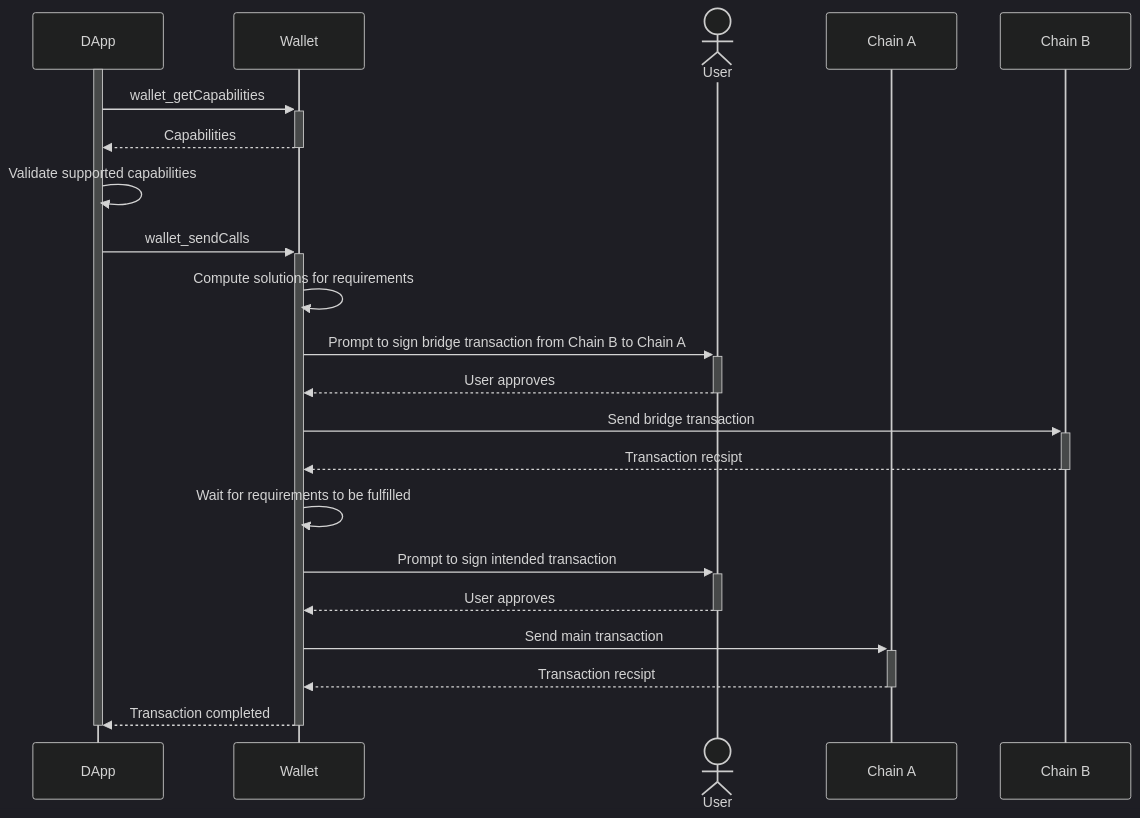
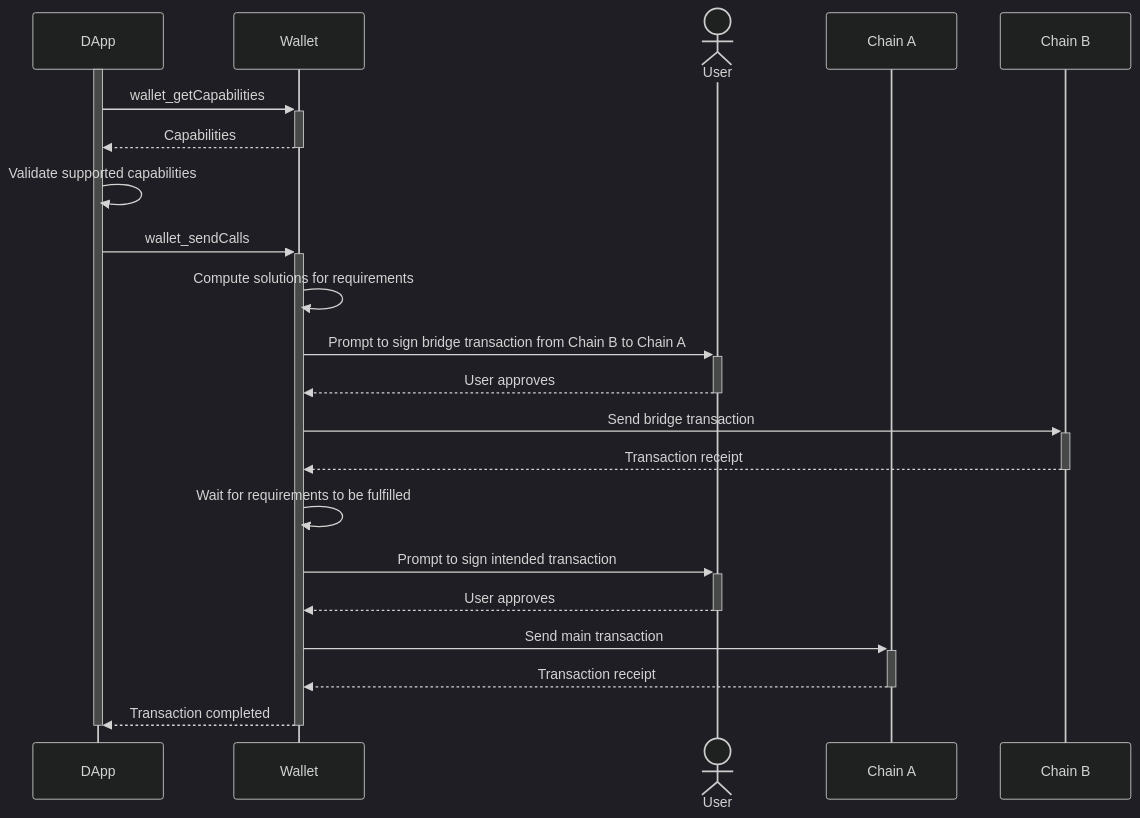
Before and after one commit to sila-chain/SRCs: the diagram in assets/src-7795/eoa_example.mmd, drawn with Mermaid (dark theme). The commit also changed 997 other files, not shown here.

```diff
--- a/assets/src-7795/eoa_example.mmd
+++ b/assets/src-7795/eoa_example.mmd
@@ -1,23 +1,23 @@
 sequenceDiagram
     participant D as DApp
     participant W as Wallet
     actor U as User
     participant CA as Chain A
     participant CB as Chain B
     activate D
     D->>+W: wallet_getCapabilities
     W-->>-D: Capabilities
     D->>D: Validate supported capabilities
     D->>+W: wallet_sendCalls
     W->>W: Compute solutions for requirements
     W->>+U: Prompt to sign bridge transaction from Chain B to Chain A
     U-->>-W: User approves
     W->>+CB: Send bridge transaction
-    CB-->>-W: Transaction recsipt
+    CB-->>-W: Transaction receipt
     W->>W: Wait for requirements to be fulfilled
     W->>+U: Prompt to sign intended transaction
     U-->>-W: User approves
     W->>+CA: Send main transaction
-    CA-->>-W: Transaction recsipt
+    CA-->>-W: Transaction receipt
     W-->>-D: Transaction completed
     deactivate D
```
